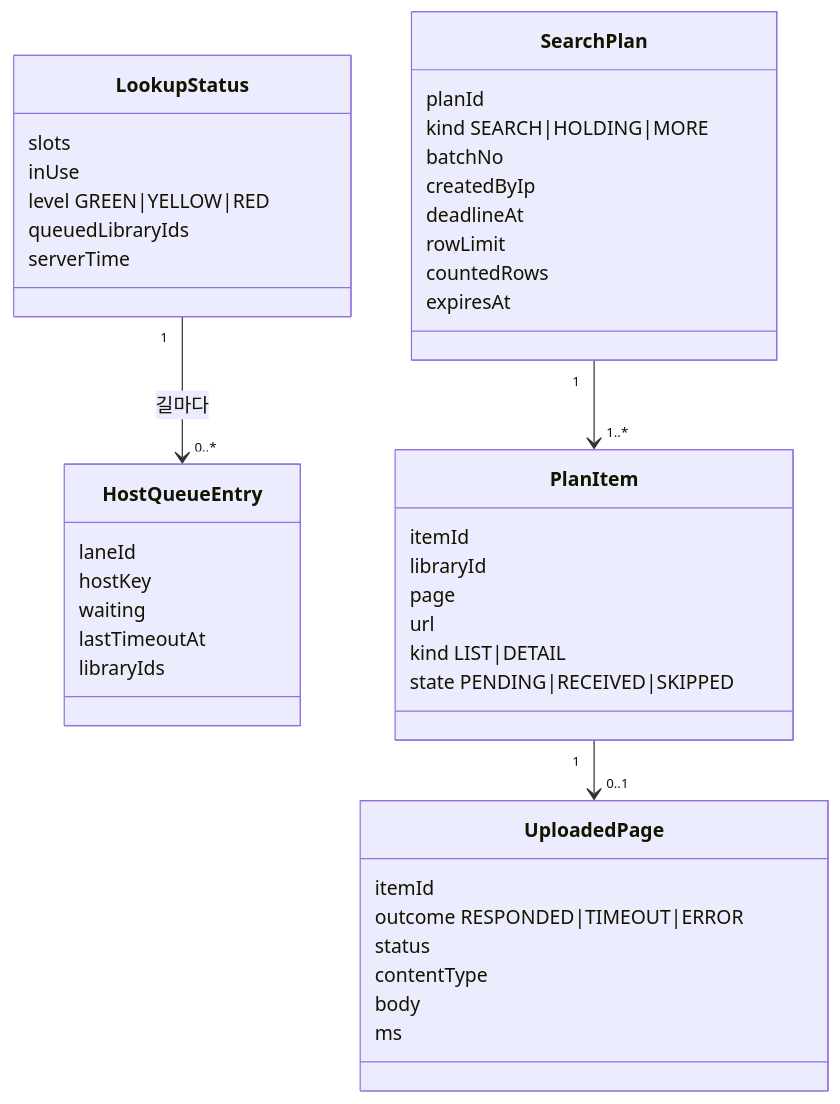
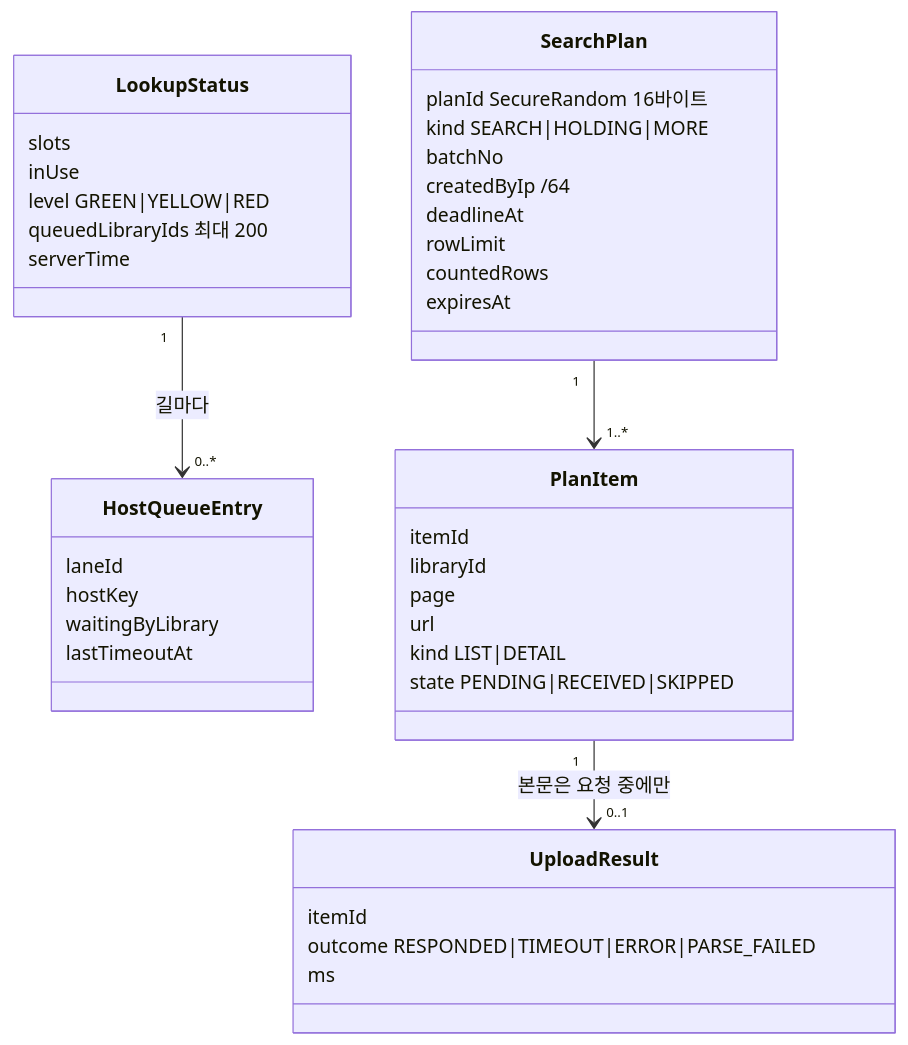
Before and after one commit to hodu-sketch/chaekcheck-plan: the fifth of 6 diagrams in docs/cycles/20-lookup-status-and-extension/design-delta.md, drawn with Mermaid. The commit also changed other lines of this file and 8 other files, not shown here.

Commit message:
cycle 20: three-angle review (user, server resources, security/stability) - fixes applied to design-delta/spec/flow/scope/ADR-0119, 19 decisions on review page; old design-delta page closed

````diff
--- a/docs/cycles/20-lookup-status-and-extension/design-delta.md
+++ b/docs/cycles/20-lookup-status-and-extension/design-delta.md
@@ -103,46 +125,42 @@
 ```mermaid
 classDiagram
   class LookupStatus {
     slots
     inUse
     level GREEN|YELLOW|RED
-    queuedLibraryIds
+    queuedLibraryIds 최대 200
     serverTime
   }
   class HostQueueEntry {
     laneId
     hostKey
-    waiting
+    waitingByLibrary
     lastTimeoutAt
-    libraryIds
   }
   class SearchPlan {
-    planId
+    planId SecureRandom 16바이트
     kind SEARCH|HOLDING|MORE
     batchNo
-    createdByIp
+    createdByIp /64
     deadlineAt
     rowLimit
     countedRows
     expiresAt
   }
   class PlanItem {
     itemId
     libraryId
     page
     url
     kind LIST|DETAIL
     state PENDING|RECEIVED|SKIPPED
   }
-  class UploadedPage {
+  class UploadResult {
     itemId
-    outcome RESPONDED|TIMEOUT|ERROR
-    status
-    contentType
-    body
+    outcome RESPONDED|TIMEOUT|ERROR|PARSE_FAILED
     ms
   }
   LookupStatus "1" --> "0..*" HostQueueEntry : 길마다
   SearchPlan "1" --> "1..*" PlanItem
-  PlanItem "1" --> "0..1" UploadedPage
+  PlanItem "1" --> "0..1" UploadResult : 본문은 요청 중에만
 ```
````
